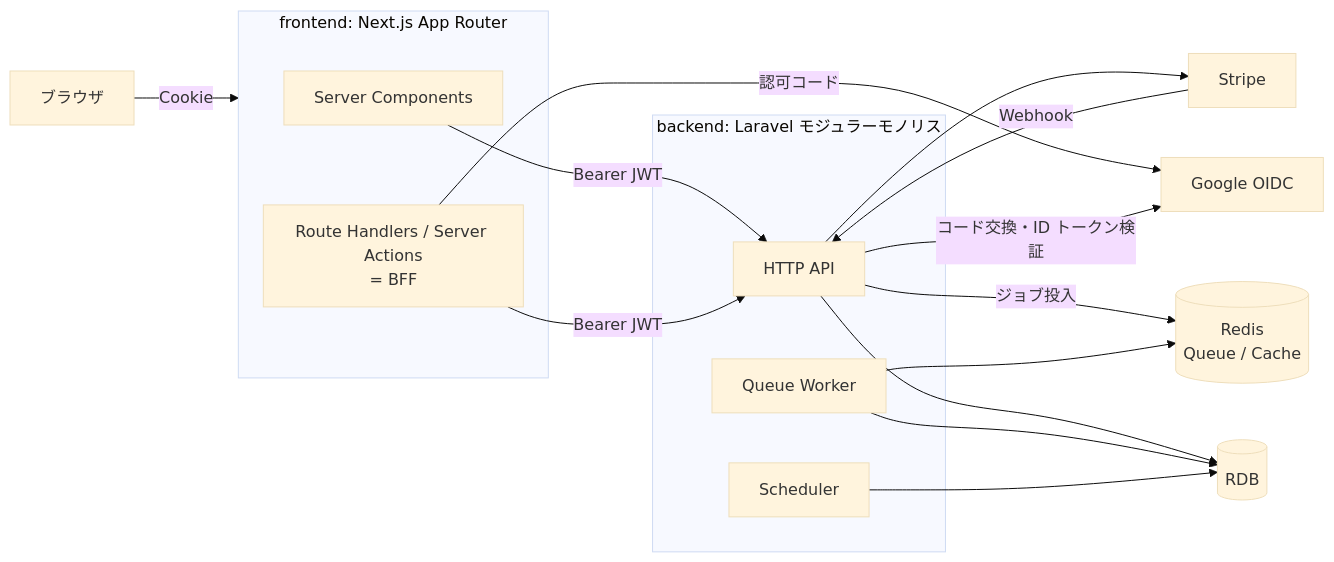
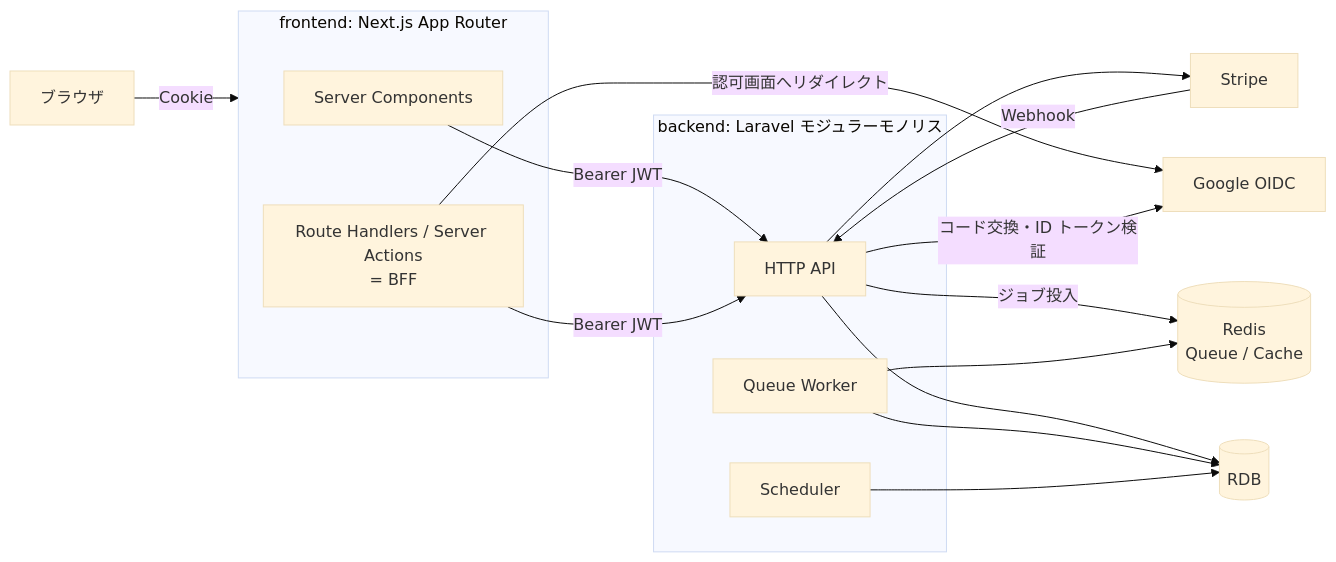
One commit to takeshi-arihori/E-commerce-Platform changed the first of 2 diagrams in docs/architecture/overview.md. Above: the diagram before and after it, drawn with Mermaid (base theme). The commit also changed other lines of this file and 17 other files, not shown here.

````diff
--- a/docs/architecture/overview.md
+++ b/docs/architecture/overview.md
@@ -5,30 +5,30 @@
 ```mermaid
 flowchart LR
     Browser[ブラウザ]
     subgraph Front[frontend: Next.js App Router]
         RSC[Server Components]
         BFF[Route Handlers / Server Actions<br/>= BFF]
     end
     subgraph Back[backend: Laravel モジュラーモノリス]
         API[HTTP API]
         Worker[Queue Worker]
         Scheduler[Scheduler]
     end
     DB[(RDB)]
     Redis[(Redis<br/>Queue / Cache)]
     Google[Google OIDC]
     Stripe[Stripe]
 
     Browser -->|Cookie| Front
     RSC -->|Bearer JWT| API
     BFF -->|Bearer JWT| API
     API --> DB
     API -->|ジョブ投入| Redis
     Worker --> Redis
     Worker --> DB
     Scheduler --> DB
-    BFF -->|認可コード| Google
+    BFF -->|認可画面へリダイレクト| Google
     API -->|コード交換・ID トークン検証| Google
     API --> Stripe
     Stripe -->|Webhook| API
 ```
````
